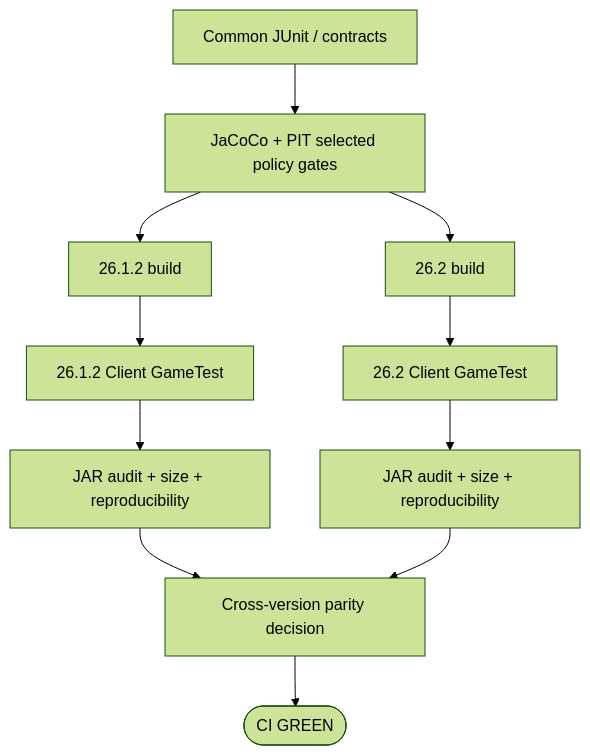
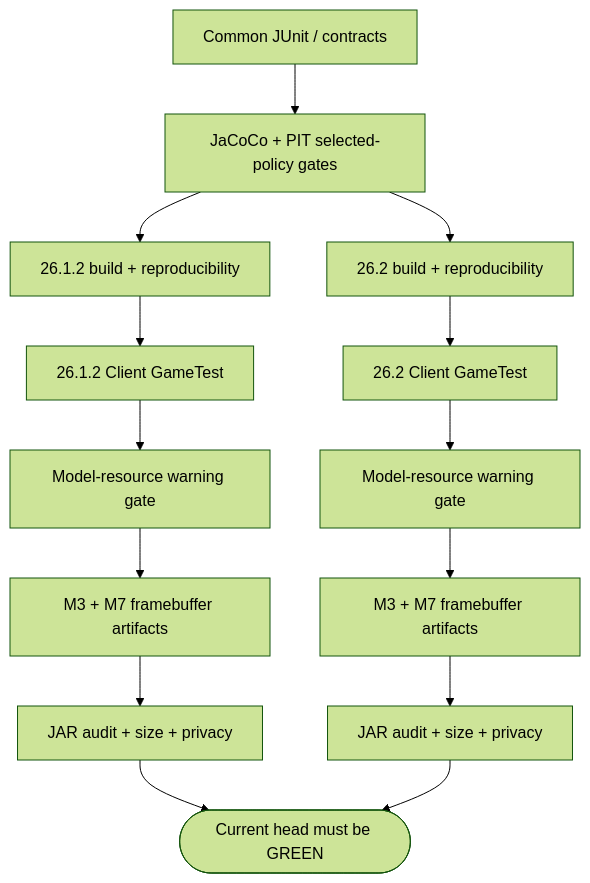
The fourth of 5 diagrams in README.md (bosatsu25/BlockLens), drawn with Mermaid (forest theme) before and after one commit. The commit also changed other lines of this file, not shown here.

Commit message:
docs: refresh README for M4-M7 core parity

````diff
--- a/README.md
+++ b/README.md
@@ -179,13 +262,16 @@
 ```mermaid
 flowchart TD
-    C[Common JUnit / contracts] --> Q[JaCoCo + PIT selected policy gates]
-    Q --> B1[26.1.2 build]
-    Q --> B2[26.2 build]
+    C[Common JUnit / contracts] --> Q[JaCoCo + PIT selected-policy gates]
+    Q --> B1[26.1.2 build + reproducibility]
+    Q --> B2[26.2 build + reproducibility]
     B1 --> G1[26.1.2 Client GameTest]
     B2 --> G2[26.2 Client GameTest]
-    G1 --> A1[JAR audit + size + reproducibility]
-    G2 --> A2[JAR audit + size + reproducibility]
-    A1 --> P[Cross-version parity decision]
-    A2 --> P
-    P --> GREEN([CI GREEN])
+    G1 --> M1[Model-resource warning gate]
+    G2 --> M2[Model-resource warning gate]
+    M1 --> V1[M3 + M7 framebuffer artifacts]
+    M2 --> V2[M3 + M7 framebuffer artifacts]
+    V1 --> A1[JAR audit + size + privacy]
+    V2 --> A2[JAR audit + size + privacy]
+    A1 --> GREEN([Current head must be GREEN])
+    A2 --> GREEN
 ```
````
